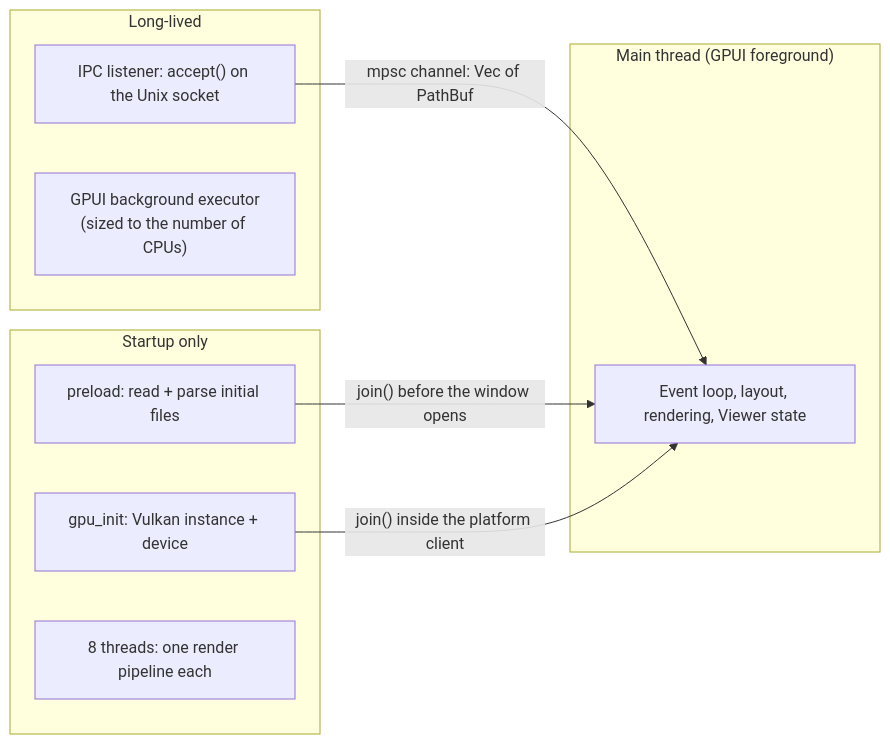
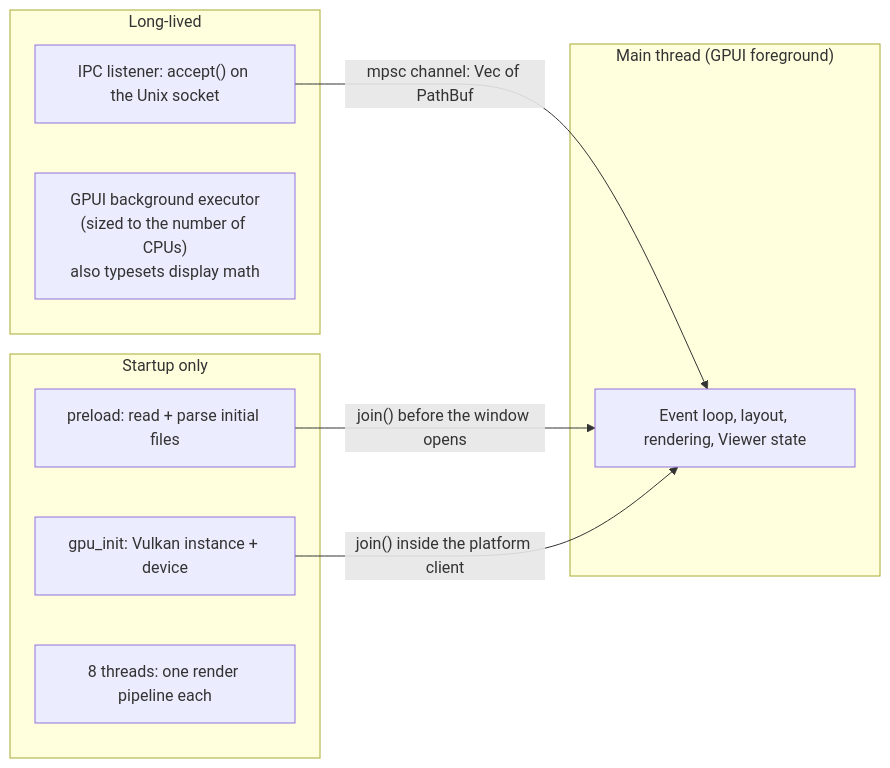
One commit to JorgeAgar/markdown-viewer-zed changed the fourth of 5 diagrams in docs/architecture.md. Above: the diagram before and after it, drawn with Mermaid. The commit also changed other lines of this file and 14 other files, not shown here.

First line of the commit message:
Render LaTeX math: typeset display math, Unicode inline math

````diff
--- a/docs/architecture.md
+++ b/docs/architecture.md
@@ -132,18 +144,18 @@
 ```mermaid
 flowchart LR
     subgraph Main["Main thread (GPUI foreground)"]
         UI["Event loop, layout, rendering, Viewer state"]
     end
     subgraph Startup["Startup only"]
         P["preload: read + parse initial files"]
         G["gpu_init: Vulkan instance + device"]
         PL["8 threads: one render pipeline each"]
     end
     subgraph Long["Long-lived"]
         IPC["IPC listener: accept() on the Unix socket"]
-        BG["GPUI background executor<br/>(sized to the number of CPUs)"]
+        BG["GPUI background executor<br/>(sized to the number of CPUs)<br/>also typesets display math"]
     end
     IPC -->|"mpsc channel: Vec of PathBuf"| UI
     P -->|"join() before the window opens"| UI
     G -->|"join() inside the platform client"| UI
 ```
````
